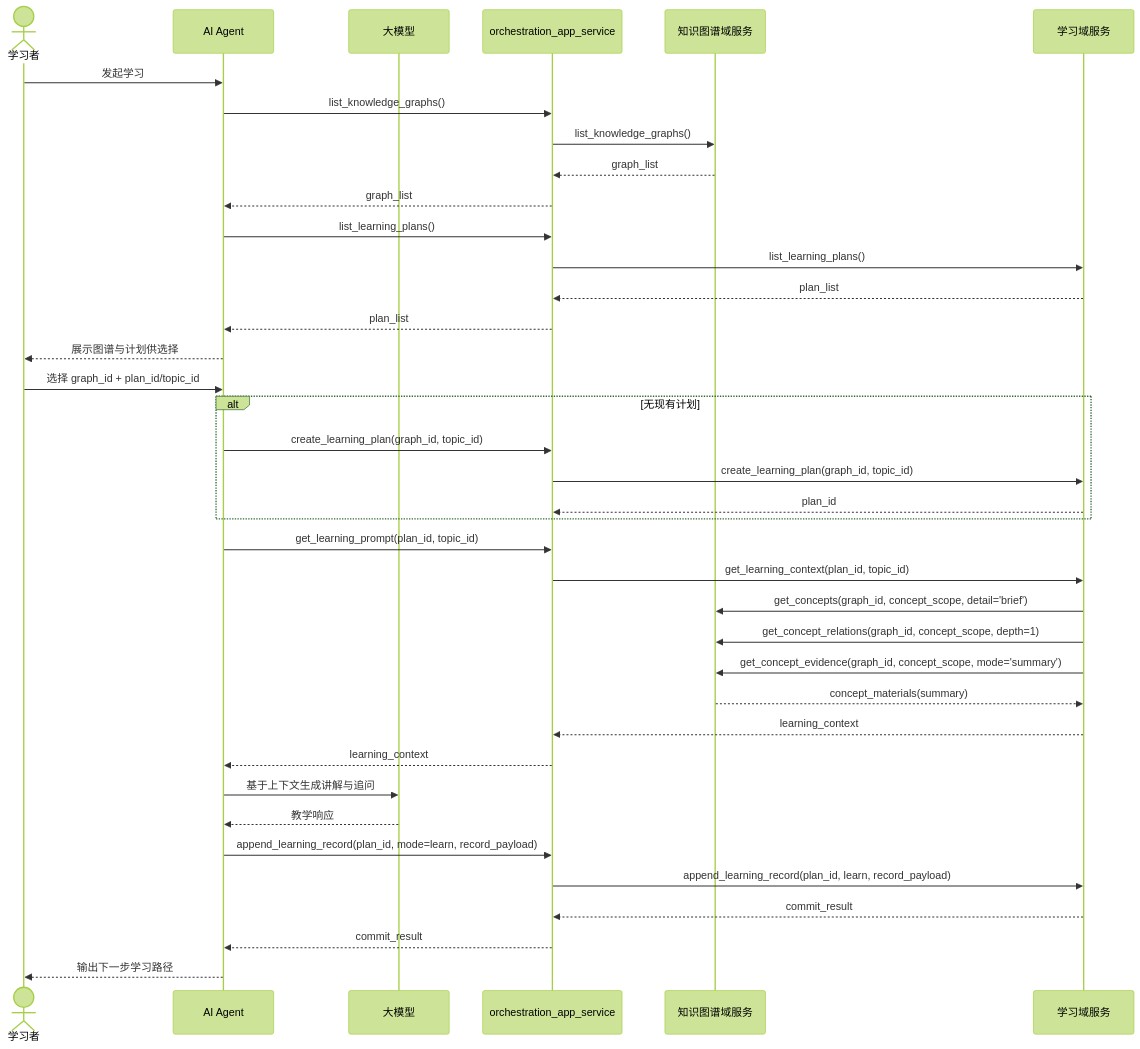
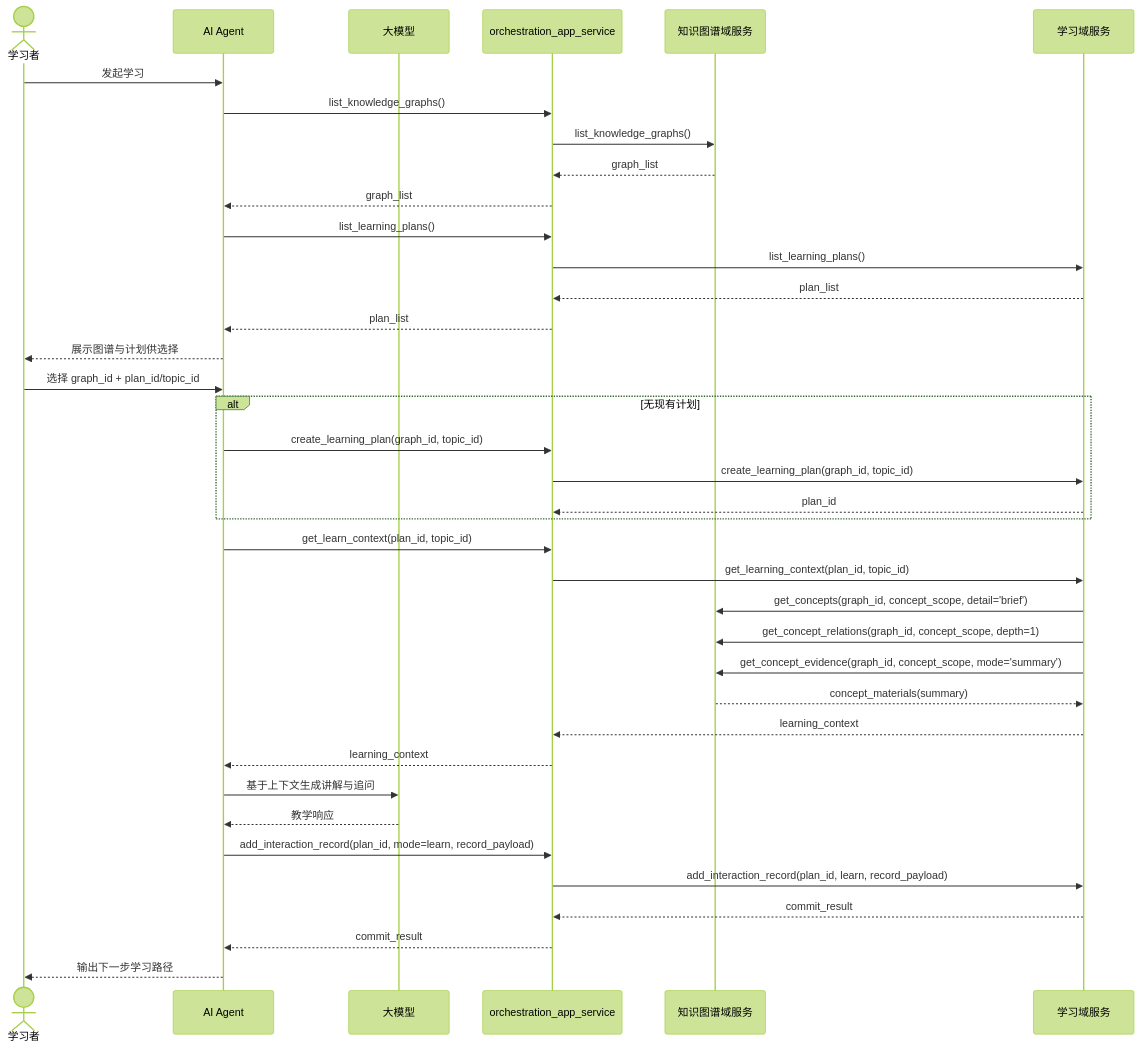
Before and after one commit to alavten/learn-socratic: the third of 7 diagrams in docs/architecture-design.md, drawn with Mermaid (forest theme). The commit also changed other lines of this file and 80 other files, not shown here.

````diff
--- a/docs/architecture-design.md
+++ b/docs/architecture-design.md
@@ -140,41 +140,41 @@
 ```mermaid
 sequenceDiagram
   actor User as 学习者
   participant Agent as AI Agent
   participant LLM as 大模型
   participant Orchestrator as orchestration_app_service
   participant KG as 知识图谱域服务
   participant Learning as 学习域服务
 
   User->>Agent: 发起学习
   Agent->>Orchestrator: list_knowledge_graphs()
   Orchestrator->>KG: list_knowledge_graphs()
   KG-->>Orchestrator: graph_list
   Orchestrator-->>Agent: graph_list
   Agent->>Orchestrator: list_learning_plans()
   Orchestrator->>Learning: list_learning_plans()
   Learning-->>Orchestrator: plan_list
   Orchestrator-->>Agent: plan_list
   Agent-->>User: 展示图谱与计划供选择
   User->>Agent: 选择 graph_id + plan_id/topic_id
   alt 无现有计划
     Agent->>Orchestrator: create_learning_plan(graph_id, topic_id)
     Orchestrator->>Learning: create_learning_plan(graph_id, topic_id)
     Learning-->>Orchestrator: plan_id
   end
-  Agent->>Orchestrator: get_learning_prompt(plan_id, topic_id)
+  Agent->>Orchestrator: get_learn_context(plan_id, topic_id)
   Orchestrator->>Learning: get_learning_context(plan_id, topic_id)
   Learning->>KG: get_concepts(graph_id, concept_scope, detail='brief')
   Learning->>KG: get_concept_relations(graph_id, concept_scope, depth=1)
   Learning->>KG: get_concept_evidence(graph_id, concept_scope, mode='summary')
   KG-->>Learning: concept_materials(summary)
   Learning-->>Orchestrator: learning_context
   Orchestrator-->>Agent: learning_context
   Agent->>LLM: 基于上下文生成讲解与追问
   LLM-->>Agent: 教学响应
-  Agent->>Orchestrator: append_learning_record(plan_id, mode=learn, record_payload)
-  Orchestrator->>Learning: append_learning_record(plan_id, learn, record_payload)
+  Agent->>Orchestrator: add_interaction_record(plan_id, mode=learn, record_payload)
+  Orchestrator->>Learning: add_interaction_record(plan_id, learn, record_payload)
   Learning-->>Orchestrator: commit_result
   Orchestrator-->>Agent: commit_result
   Agent-->>User: 输出下一步学习路径
 ```
````
